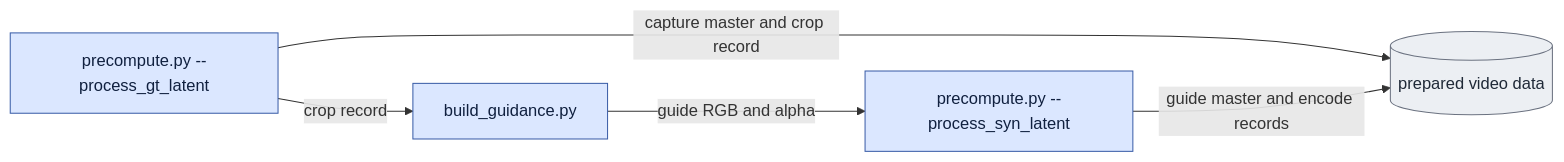
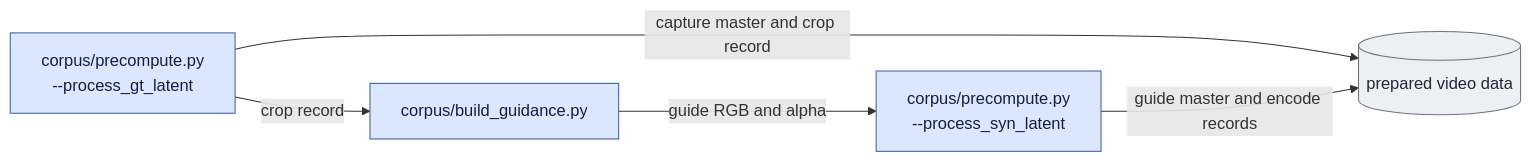
One commit to AtlantixJJ/LTX-2 changed the first of 5 diagrams in scripts/onestep_avatar/README.md. Above: the diagram before and after it, drawn with Mermaid. The commit also changed other lines of this file and 161 other files, not shown here.

````diff
--- a/scripts/onestep_avatar/README.md
+++ b/scripts/onestep_avatar/README.md
@@ -60,11 +58,11 @@
 ```mermaid
 flowchart LR
-  Y["precompute.py --process_gt_latent"] -->|"crop record"| G["build_guidance.py"]
-  G -->|"guide RGB and alpha"| S["precompute.py --process_syn_latent"]
+  Y["corpus/precompute.py<br/>--process_gt_latent"] -->|"crop record"| G["corpus/build_guidance.py"]
+  G -->|"guide RGB and alpha"| S["corpus/precompute.py<br/>--process_syn_latent"]
   Y -->|"capture master and crop record"| C[("prepared video data")]
   S -->|"guide master and encode records"| C
   classDef proc fill:#dbe7ff,stroke:#3b5ea8,color:#10203f;
   classDef disk fill:#eceff3,stroke:#6b7280,color:#1f2937;
   class Y,G,S proc;
   class C disk;
 ```
````
